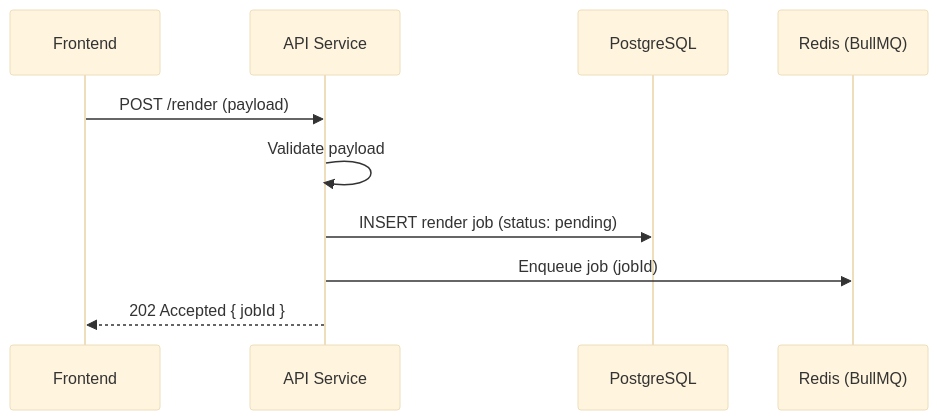
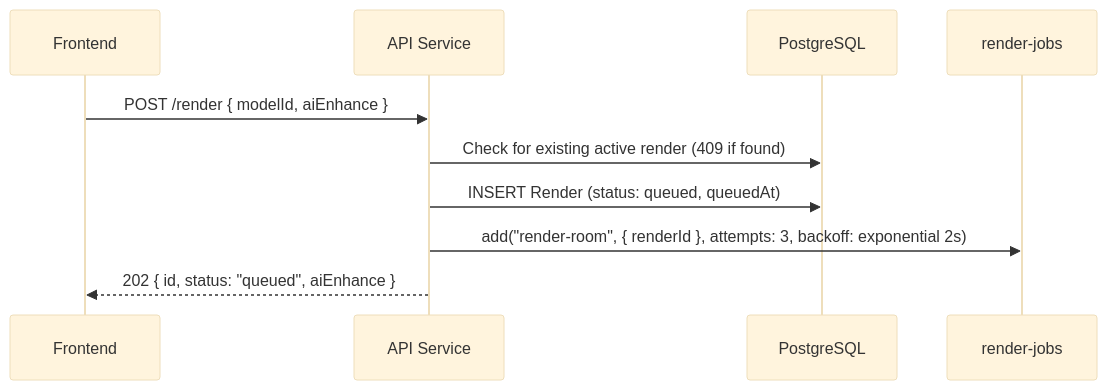
One commit to giovanizaghi/3d-room-platform changed the second of 2 diagrams in docs/architecture/02-api.md. Above: the diagram before and after it, drawn with Mermaid (base theme). The commit also changed other lines of this file and 5 other files, not shown here.

First line of the commit message:
Refactor API and Worker Architecture

````diff
--- a/docs/architecture/02-api.md
+++ b/docs/architecture/02-api.md
@@ -54,13 +98,13 @@
 ```mermaid
 sequenceDiagram
     participant Client as Frontend
     participant API as API Service
     participant DB as PostgreSQL
-    participant Queue as Redis (BullMQ)
+    participant Queue as render-jobs
 
-    Client->>API: POST /render (payload)
-    API->>API: Validate payload
-    API->>DB: INSERT render job (status: pending)
-    API->>Queue: Enqueue job (jobId)
-    API-->>Client: 202 Accepted { jobId }
+    Client->>API: POST /render { modelId, aiEnhance }
+    API->>DB: Check for existing active render (409 if found)
+    API->>DB: INSERT Render (status: queued, queuedAt)
+    API->>Queue: add("render-room", { renderId }, attempts: 3, backoff: exponential 2s)
+    API-->>Client: 202 { id, status: "queued", aiEnhance }
 ```
````
